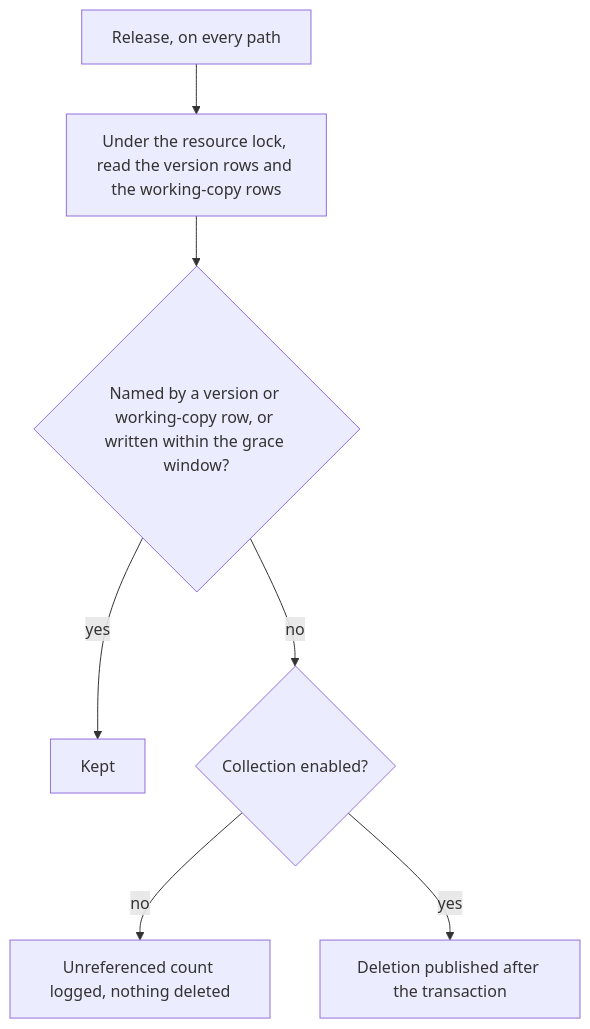
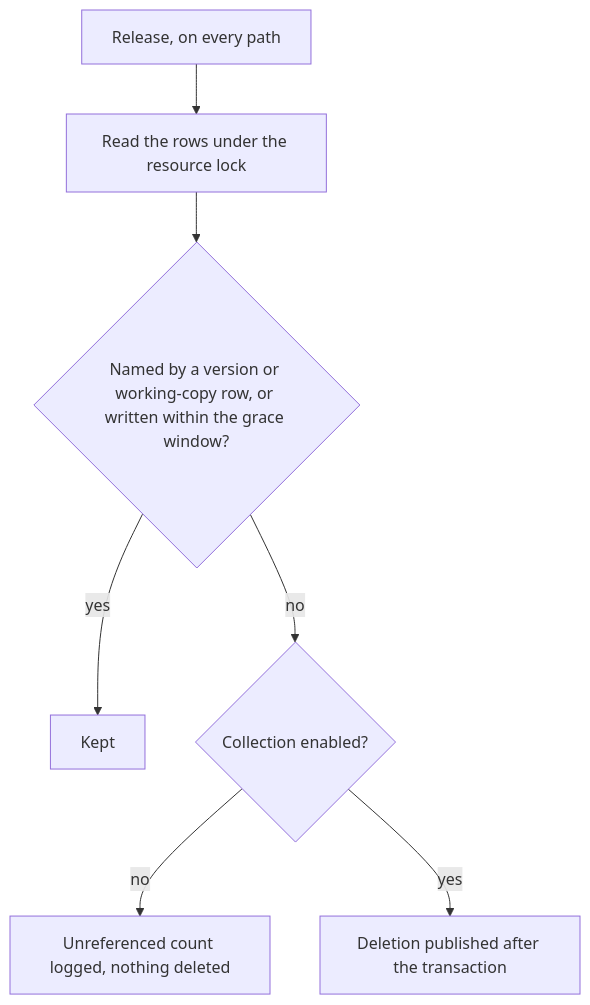
One commit to Esposter/Esposter changed the second of 3 diagrams in openspec/specs/resource/content-addressed-assets/design.md. Above: the diagram before and after it, drawn with Mermaid. The commit also changed other lines of this file and 11 other files, not shown here.

````diff
--- a/openspec/specs/resource/content-addressed-assets/design.md
+++ b/openspec/specs/resource/content-addressed-assets/design.md
@@ -29,9 +29,9 @@
 ```mermaid
 flowchart TD
-  released["Release, on every path"] --> lock["Under the resource lock, read the version rows and the working-copy rows"]
+  released["Release, on every path"] --> lock["Read the rows under the resource lock"]
   lock --> held{"Named by a version or working-copy row, or written within the grace window?"}
   held -->|yes| keep["Kept"]
   held -->|no| gate{"Collection enabled?"}
   gate -->|no| count["Unreferenced count logged, nothing deleted"]
   gate -->|yes| delete["Deletion published after the transaction"]
 ```
````
